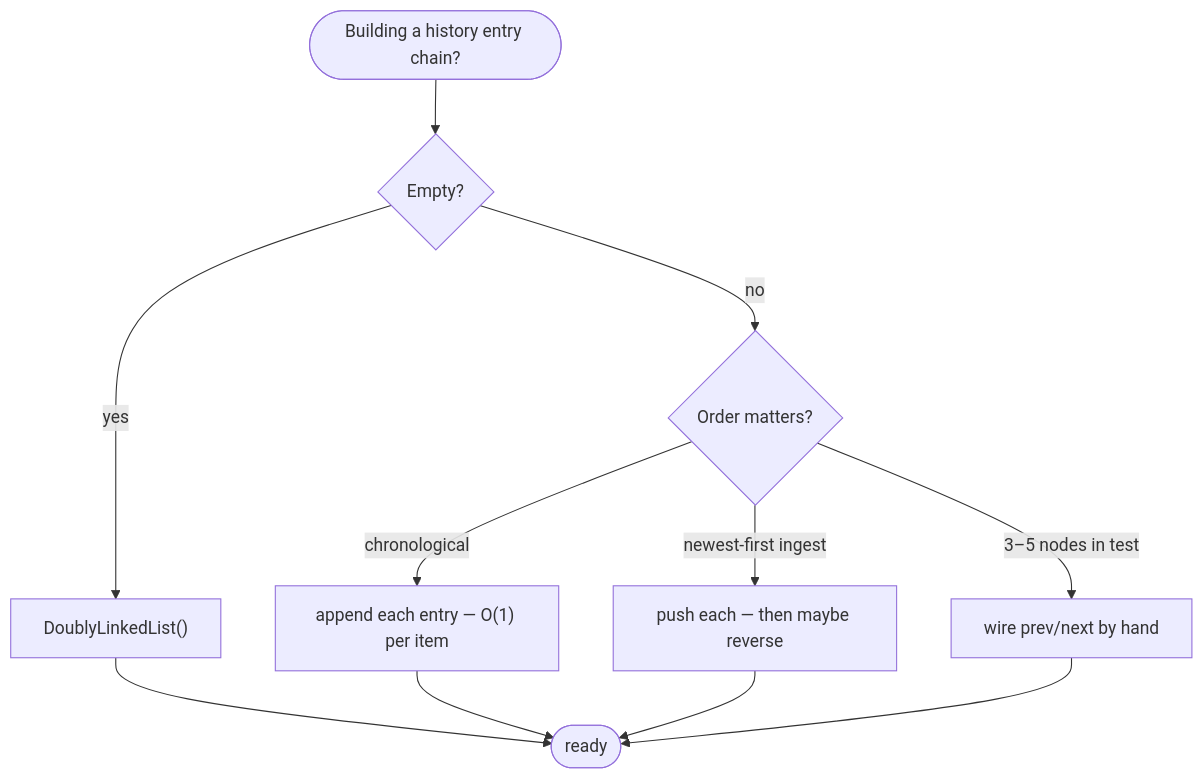
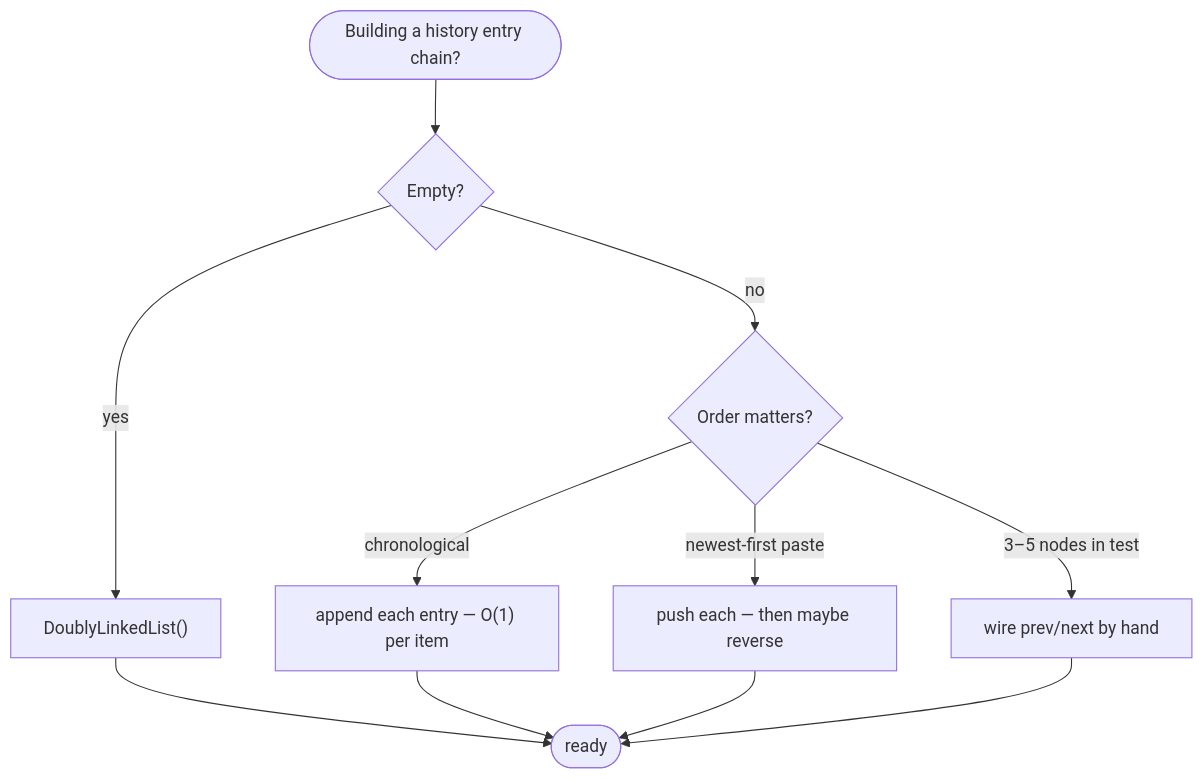
One commit to qgjones9/python-programming-guide changed the fourth of 10 diagrams in docs/dsa/data-structures/doubly-linked-list/index.md. Above: the diagram before and after it, drawn with Mermaid. The commit also changed other lines of this file and 19 other files, not shown here.

````diff
--- a/docs/dsa/data-structures/doubly-linked-list/index.md
+++ b/docs/dsa/data-structures/doubly-linked-list/index.md
@@ -255,14 +255,14 @@
 ```mermaid
 flowchart TD
   Start([Building a history entry chain?])
   Start --> Empty{Empty?}
   Empty -->|yes| E["DoublyLinkedList()"]
   Empty -->|no| Order{Order matters?}
   Order -->|chronological| Tail["append each entry — O(1) per item"]
-  Order -->|newest-first ingest| Head["push each — then maybe reverse"]
+  Order -->|newest-first paste| Head["push each — then maybe reverse"]
   Order -->|3–5 nodes in test| Manual["wire prev/next by hand"]
   E --> Done([ready])
   Tail --> Done
   Head --> Done
   Manual --> Done
 ```
````
